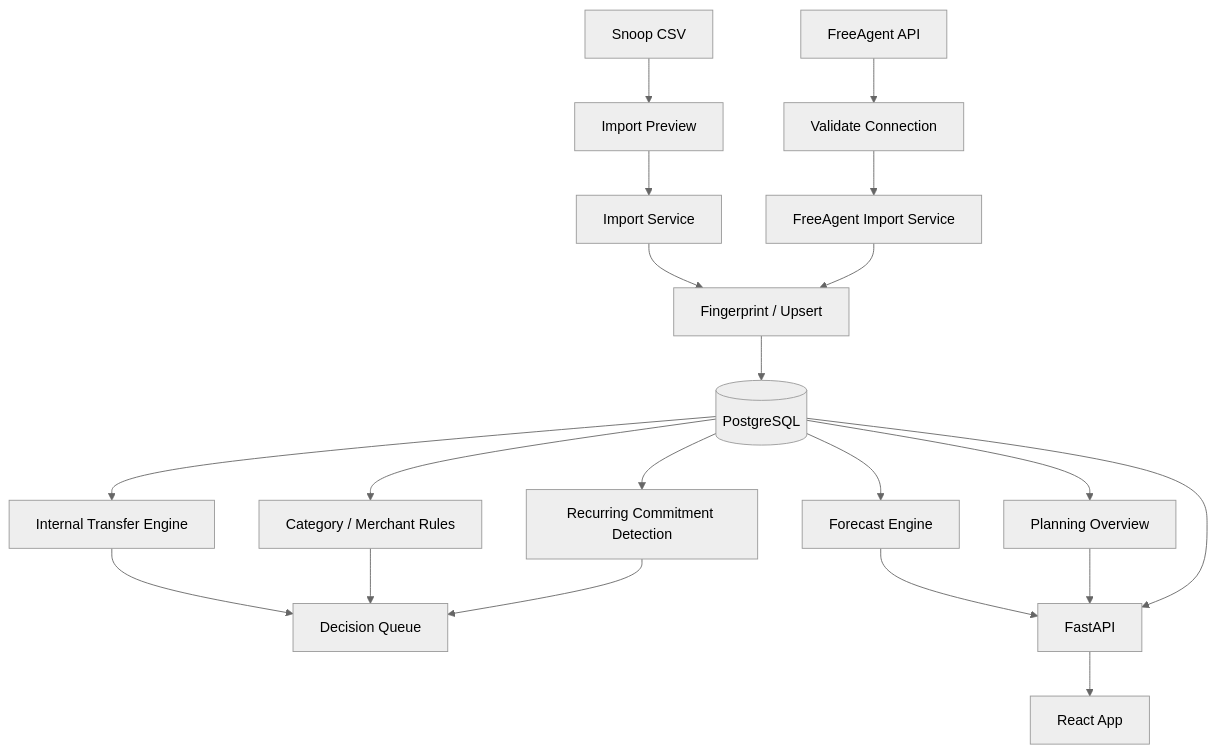
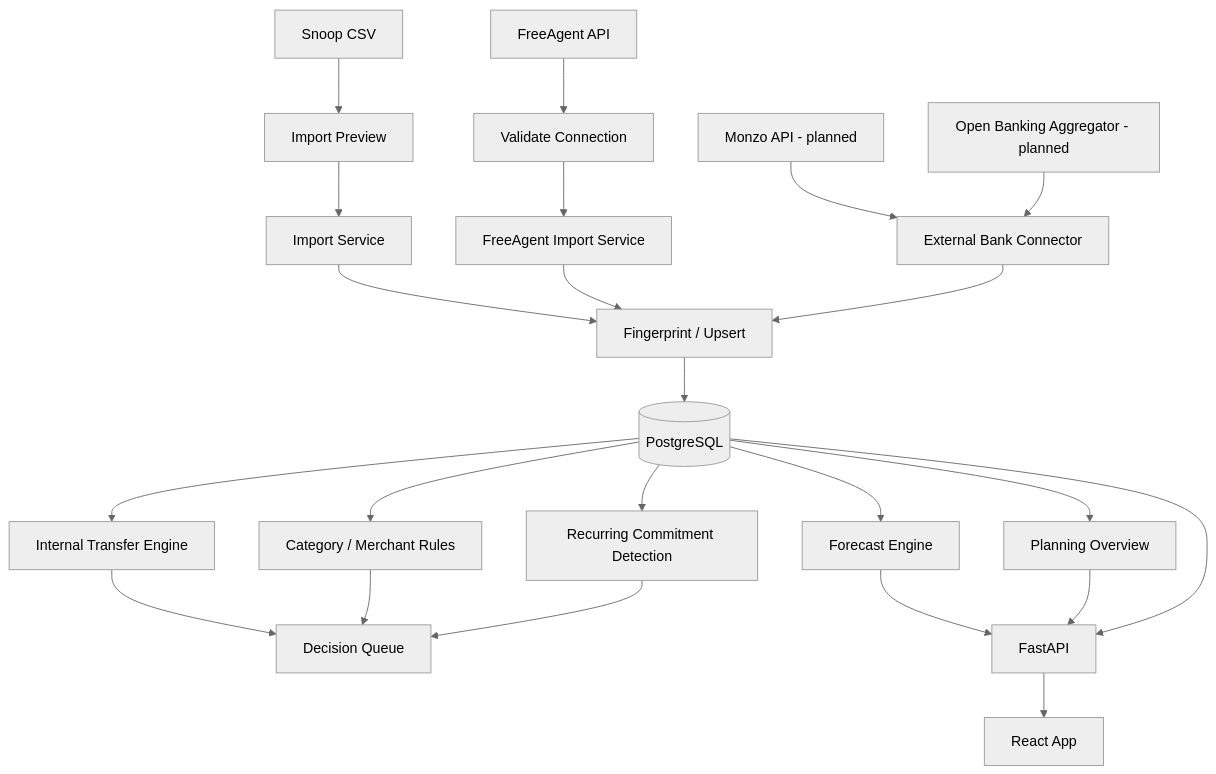
One commit to venkatakgonela/personal-finance-studio changed the diagram in ai/01-architecture.md. Above: the diagram before and after it, drawn with Mermaid (neutral theme). The commit also changed other lines of this file and 27 other files, not shown here.

Commit message:
Upgrade FreeAgent sync and document bank connector strategy

````diff
--- a/ai/01-architecture.md
+++ b/ai/01-architecture.md
@@ -43,22 +44,25 @@
 ```mermaid
 graph TD
     CSV[Snoop CSV] --> Preview[Import Preview]
     FreeAgent[FreeAgent API] --> FAValidate[Validate Connection]
     FAValidate --> FAImport[FreeAgent Import Service]
+    Monzo[Monzo API - planned] --> BankAdapter[External Bank Connector]
+    OpenBanking[Open Banking Aggregator - planned] --> BankAdapter
     Preview --> Import[Import Service]
     Import --> Dedupe[Fingerprint / Upsert]
     FAImport --> Dedupe
+    BankAdapter --> Dedupe
     Dedupe --> DB[(PostgreSQL)]
     DB --> Transfer[Internal Transfer Engine]
     DB --> Rules[Category / Merchant Rules]
     DB --> Recurring[Recurring Commitment Detection]
     Transfer --> Decisions[Decision Queue]
     Rules --> Decisions
     Recurring --> Decisions
     DB --> Forecast[Forecast Engine]
     DB --> Planning[Planning Overview]
     Forecast --> API[FastAPI]
     Planning --> API
     DB --> API
     API --> UI[React App]
 ```
````
